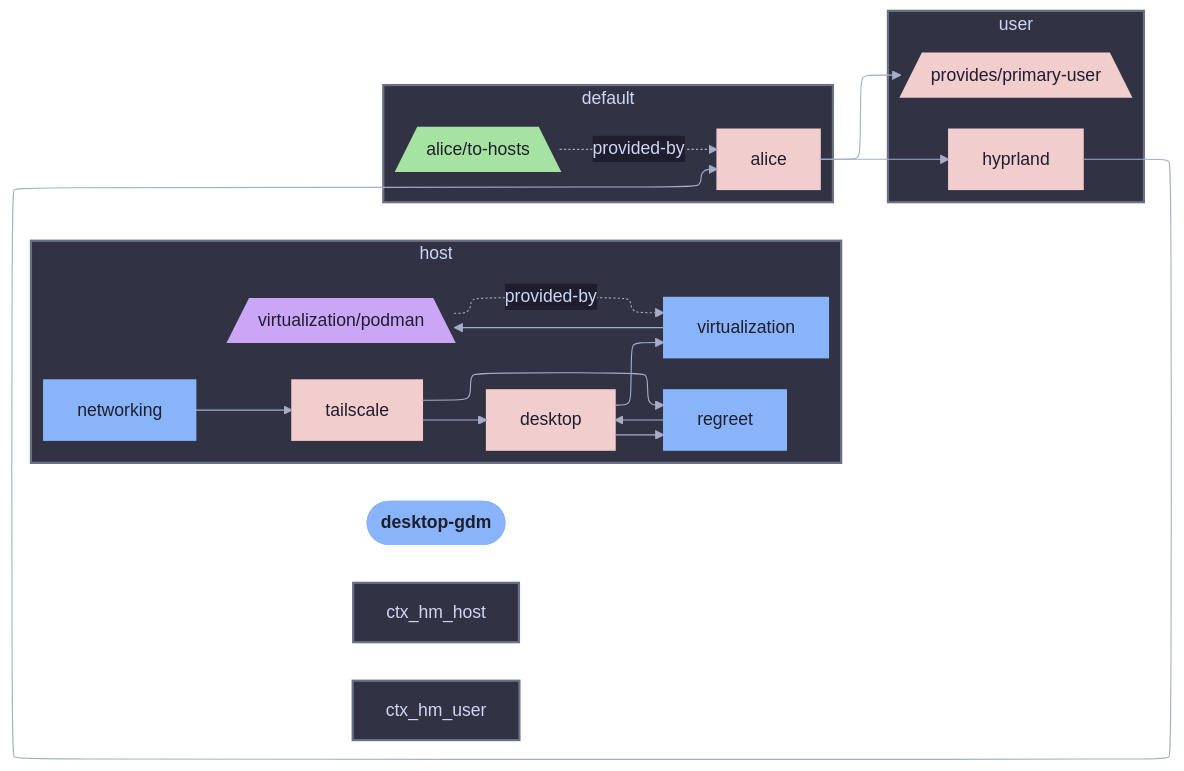
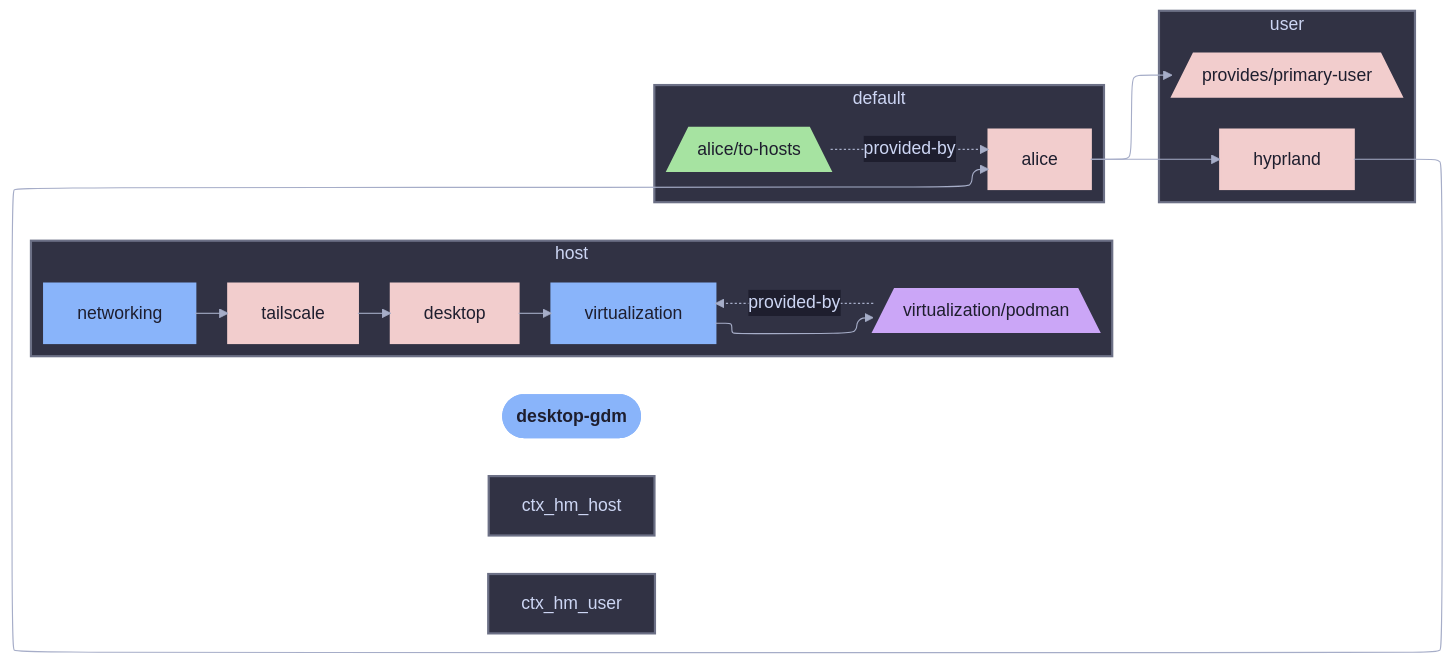
The diagram in templates/diag-fx-demo/diagrams/desktop-gdm-declared.md (sini/den), drawn with Mermaid before and after one commit. The commit also changed 526 other files, not shown here.

Commit message:
chore: update fx diagrams

````diff
--- a/templates/diag-fx-demo/diagrams/desktop-gdm-declared.md
+++ b/templates/diag-fx-demo/diagrams/desktop-gdm-declared.md
@@ -5,53 +5,48 @@
 ```mermaid
 %%{init: {"elk":{"mergeEdges":true,"nodePlacementStrategy":"BRANDES_KOEPF"},"layout":"elk","theme":"base","themeVariables":{"activationBkgColor":"#313244","activationBorderColor":"#6c7086","actorBkg":"#313244","actorBorder":"#a6adc8","actorLineColor":"#a6adc8","actorTextColor":"#cdd6f4","background":"#1e1e2e","classText":"#cdd6f4","clusterBkg":"#313244","clusterBorder":"#6c7086","edgeLabelBackground":"#1e1e2e","labelBoxBkgColor":"#313244","labelBoxBorderColor":"#a6adc8","labelTextColor":"#cdd6f4","lineColor":"#a6adc8","loopTextColor":"#cdd6f4","mainBkg":"#313244","nodeBkg":"#313244","nodeBorder":"#a6adc8","nodeTextColor":"#cdd6f4","noteBkgColor":"#313244","noteBorderColor":"#6c7086","noteTextColor":"#cdd6f4","pie1":"#f38ba8","pie2":"#fab387","pie3":"#f9e2af","pie4":"#a6e3a1","pie5":"#94e2d5","pie6":"#89b4fa","pie7":"#cba6f7","pie8":"#f2cdcd","pieLegendTextColor":"#cdd6f4","pieOuterStrokeColor":"#6c7086","pieSectionTextColor":"#cdd6f4","pieStrokeColor":"#6c7086","pieTitleTextColor":"#cdd6f4","primaryBorderColor":"#a6adc8","primaryColor":"#313244","primaryTextColor":"#cdd6f4","secondBkg":"#313244","secondaryBorderColor":"#6c7086","secondaryColor":"#313244","secondaryTextColor":"#cdd6f4","sequenceNumberColor":"#1e1e2e","signalColor":"#a6adc8","signalTextColor":"#cdd6f4","tertiaryBorderColor":"#6c7086","tertiaryColor":"#313244","tertiaryTextColor":"#cdd6f4","textColor":"#cdd6f4","titleColor":"#cdd6f4"}}}%%
 graph LR
   desktop_gdm([desktop-gdm]):::root
 
   subgraph ctx_host["host"]
   desktop["desktop"]:::desktop_c
   networking["networking"]:::networking_c
   virtualization__podman[/"virtualization/podman"\]:::virtualization__podman_c
-  regreet["regreet"]:::regreet_c
   tailscale["tailscale"]:::tailscale_c
   virtualization["virtualization"]:::virtualization_c
-  desktop --> regreet
   desktop --> virtualization
   networking --> tailscale
-  regreet --> desktop
   tailscale --> desktop
-  tailscale --> regreet
   virtualization --> virtualization__podman
   virtualization__podman -.->|provided-by| virtualization
   end
   subgraph ctx_default["default"]
   alice__to_hosts[/"alice/to-hosts"\]:::alice__to_hosts_c
   alice__to_hosts -.->|provided-by| alice
   end
   subgraph ctx_user["user"]
   alice["alice"]:::alice_c
   hyprland["hyprland"]:::hyprland_c
   den__provides__primary_user[/"provides/primary-user"\]:::den__provides__primary_user_c
   alice --> hyprland
   alice --> den__provides__primary_user
   hyprland --> alice
   end
 
 
   classDef root fill:#89b4fa,stroke:#89b4fa,color:#1e1e2e,font-weight:bold
   classDef alice_c fill:#f2cdcd,stroke:#f2cdcd,color:#1e1e2e,stroke-width:2px
   classDef desktop_c fill:#f2cdcd,stroke:#f2cdcd,color:#1e1e2e,stroke-width:2px
   classDef desktop_gdm_c fill:#f2cdcd,stroke:#f2cdcd,color:#1e1e2e,stroke-width:3px
   classDef hyprland_c fill:#f2cdcd,stroke:#f2cdcd,color:#1e1e2e,stroke-width:2px
   classDef networking_c fill:#89b4fa,stroke:#89b4fa,color:#1e1e2e,stroke-width:2px
   classDef virtualization__podman_c fill:#cba6f7,stroke:#cba6f7,color:#1e1e2e,stroke-width:2px
   classDef den__provides__primary_user_c fill:#f2cdcd,stroke:#f2cdcd,color:#1e1e2e,stroke-width:2px
-  classDef regreet_c fill:#89b4fa,stroke:#89b4fa,color:#1e1e2e,stroke-width:2px
   classDef tailscale_c fill:#f2cdcd,stroke:#f2cdcd,color:#1e1e2e,stroke-width:2px
   classDef alice__to_hosts_c fill:#a6e3a1,stroke:#a6e3a1,color:#1e1e2e,stroke-width:2px
   classDef virtualization_c fill:#89b4fa,stroke:#89b4fa,color:#1e1e2e,stroke-width:2px
 style ctx_host fill:#313244,stroke:#6c7086,stroke-width:2px
 style ctx_default fill:#313244,stroke:#6c7086,stroke-width:2px
 style ctx_hm_host fill:#313244,stroke:#6c7086,stroke-width:2px
 style ctx_hm_user fill:#313244,stroke:#6c7086,stroke-width:2px
 style ctx_user fill:#313244,stroke:#6c7086,stroke-width:2px
 ```
````
